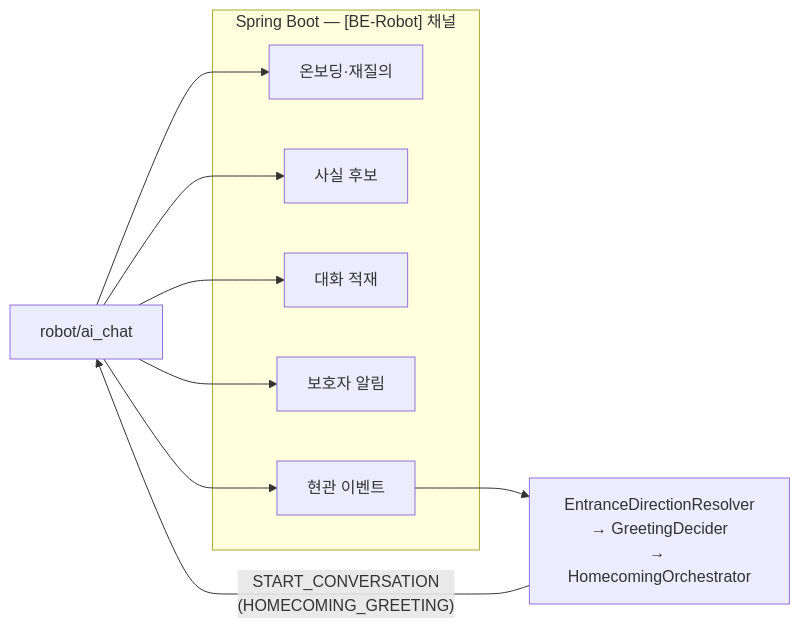
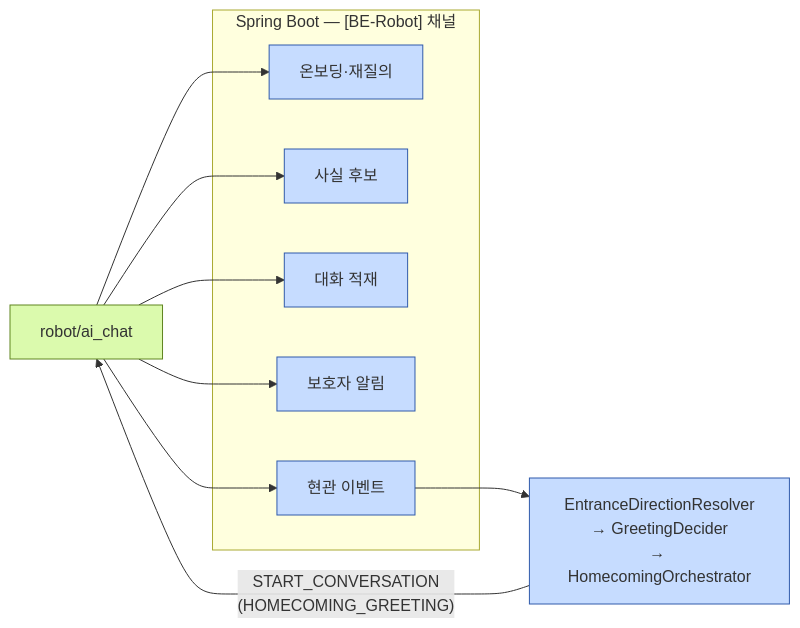
Before and after one commit to bomi-aiot/BOMI: the diagram in docs/carebot/진행 상황.md, drawn with Mermaid. The commit also changed 13 other files, not shown here.

First line of the commit message:
docs: 문서 다이어그램 팔레트 통일과 배치 정리

````diff
--- a/docs/carebot/진행 상황.md
+++ b/docs/carebot/진행 상황.md
@@ -469,15 +469,18 @@
 ```mermaid
 graph LR
-    R["robot/ai_chat"]
+    classDef robot fill:#dbfaad,stroke:#608520
+    classDef be fill:#c6dcff,stroke:#305bab
+
+    R["robot/ai_chat"]:::robot
     subgraph BE["Spring Boot — [BE-Robot] 채널"]
-        ON["온보딩·재질의"]
-        FC["사실 후보"]
-        CV["대화 적재"]
-        GA["보호자 알림"]
-        DR["현관 이벤트"]
+        ON["온보딩·재질의"]:::be
+        FC["사실 후보"]:::be
+        CV["대화 적재"]:::be
+        GA["보호자 알림"]:::be
+        DR["현관 이벤트"]:::be
     end
-    OC["EntranceDirectionResolver<br/>→ GreetingDecider<br/>→ HomecomingOrchestrator"]
+    OC["EntranceDirectionResolver<br/>→ GreetingDecider<br/>→ HomecomingOrchestrator"]:::be
     R --> ON & FC & CV & GA & DR
     DR --> OC
     OC -->|"START_CONVERSATION<br/>(HOMECOMING_GREETING)"| R
 ```
````
